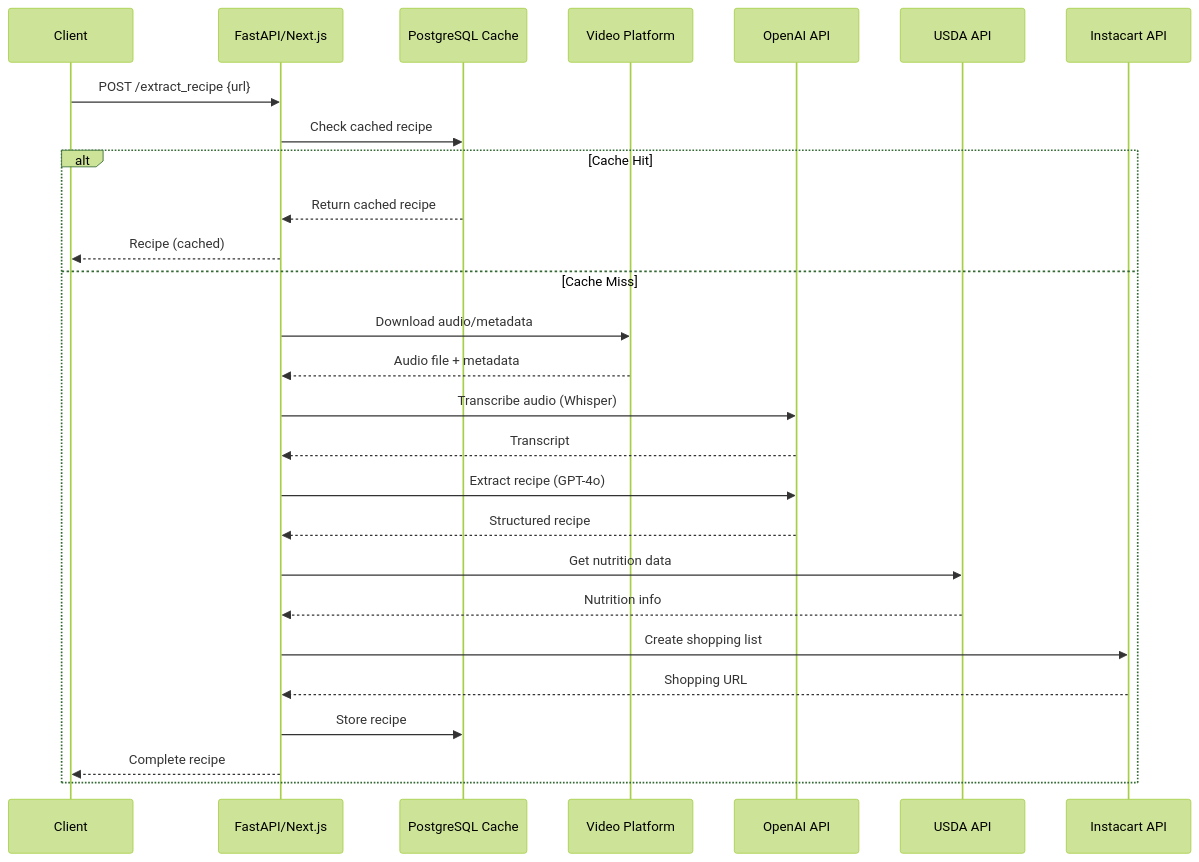
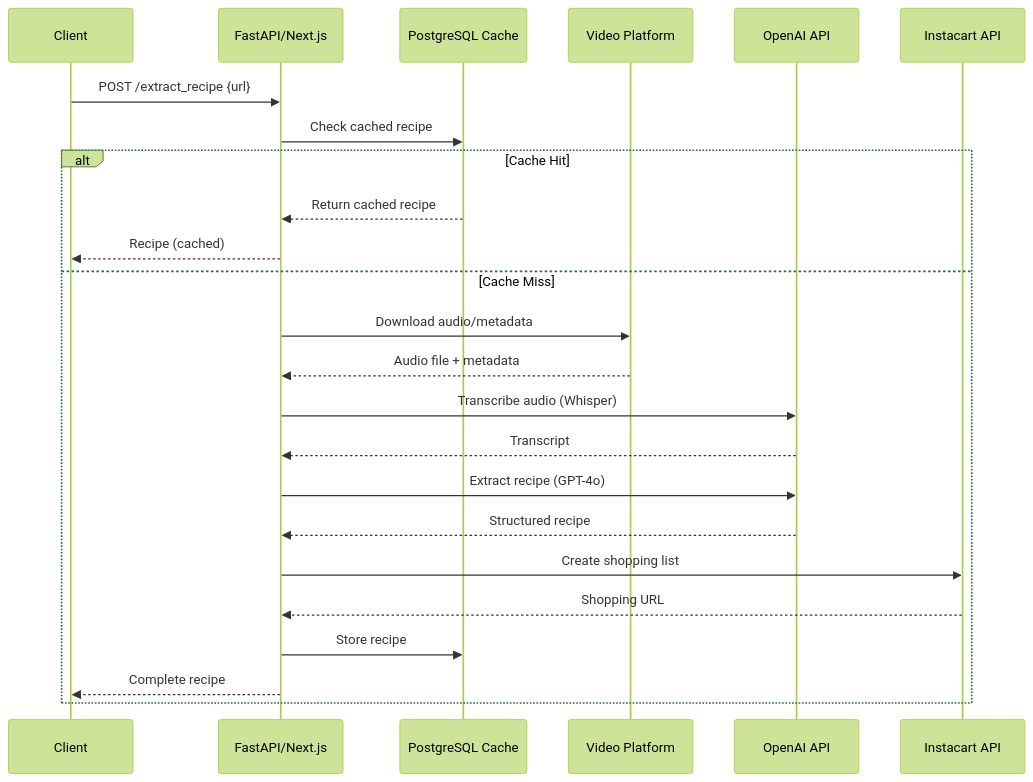
One commit to mazenidriss/Shipyard-Creator-Contest changed the fifth of 6 diagrams in README.md. Above: the diagram before and after it, drawn with Mermaid (forest theme). The commit also changed other lines of this file, not shown here.

````diff
--- a/README.md
+++ b/README.md
@@ -464,30 +461,27 @@
 ```mermaid
 sequenceDiagram
     participant Client
     participant API as FastAPI/Next.js
     participant Cache as PostgreSQL Cache
     participant Video as Video Platform
     participant OpenAI as OpenAI API
-    participant USDA as USDA API
     participant Instacart as Instacart API
     
     Client->>API: POST /extract_recipe {url}
     API->>Cache: Check cached recipe
     alt Cache Hit
         Cache-->>API: Return cached recipe
         API-->>Client: Recipe (cached)
     else Cache Miss
         API->>Video: Download audio/metadata
         Video-->>API: Audio file + metadata
         API->>OpenAI: Transcribe audio (Whisper)
         OpenAI-->>API: Transcript
         API->>OpenAI: Extract recipe (GPT-4o)
         OpenAI-->>API: Structured recipe
-        API->>USDA: Get nutrition data
-        USDA-->>API: Nutrition info
         API->>Instacart: Create shopping list
         Instacart-->>API: Shopping URL
         API->>Cache: Store recipe
         API-->>Client: Complete recipe
     end
 ```
````
